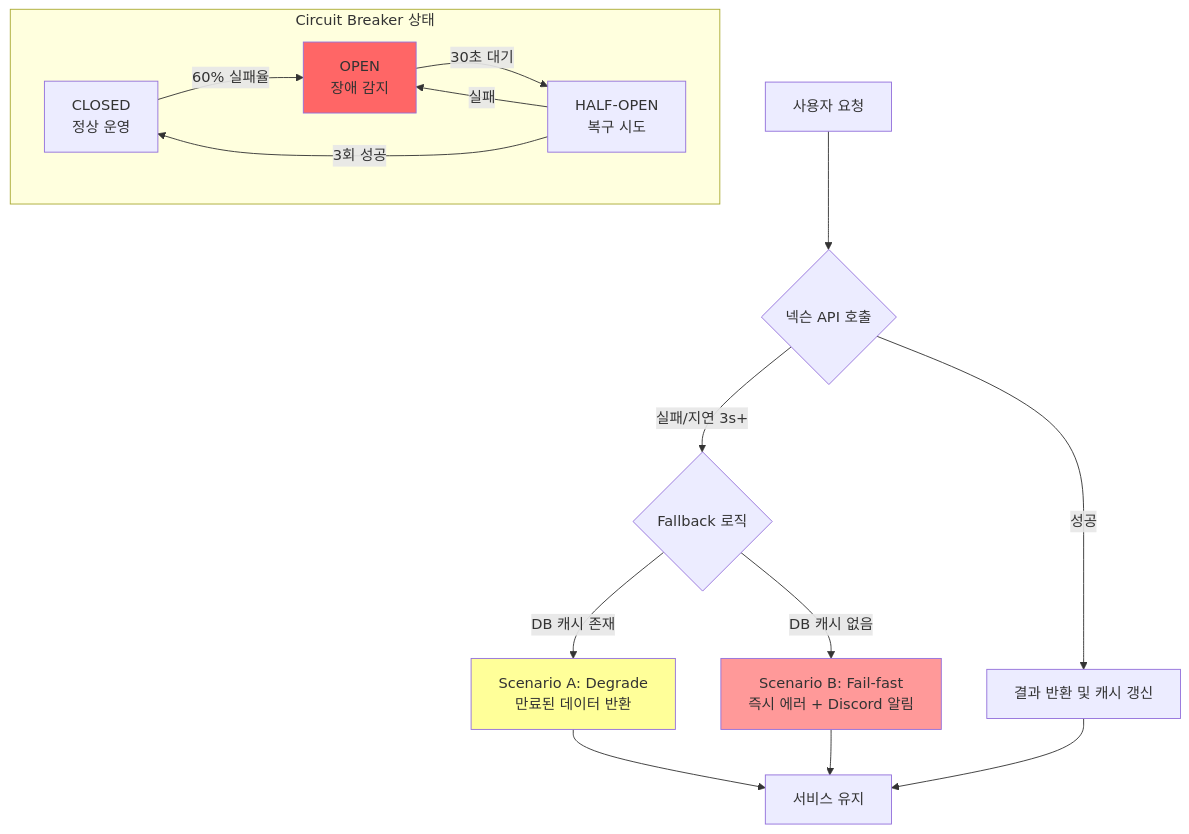
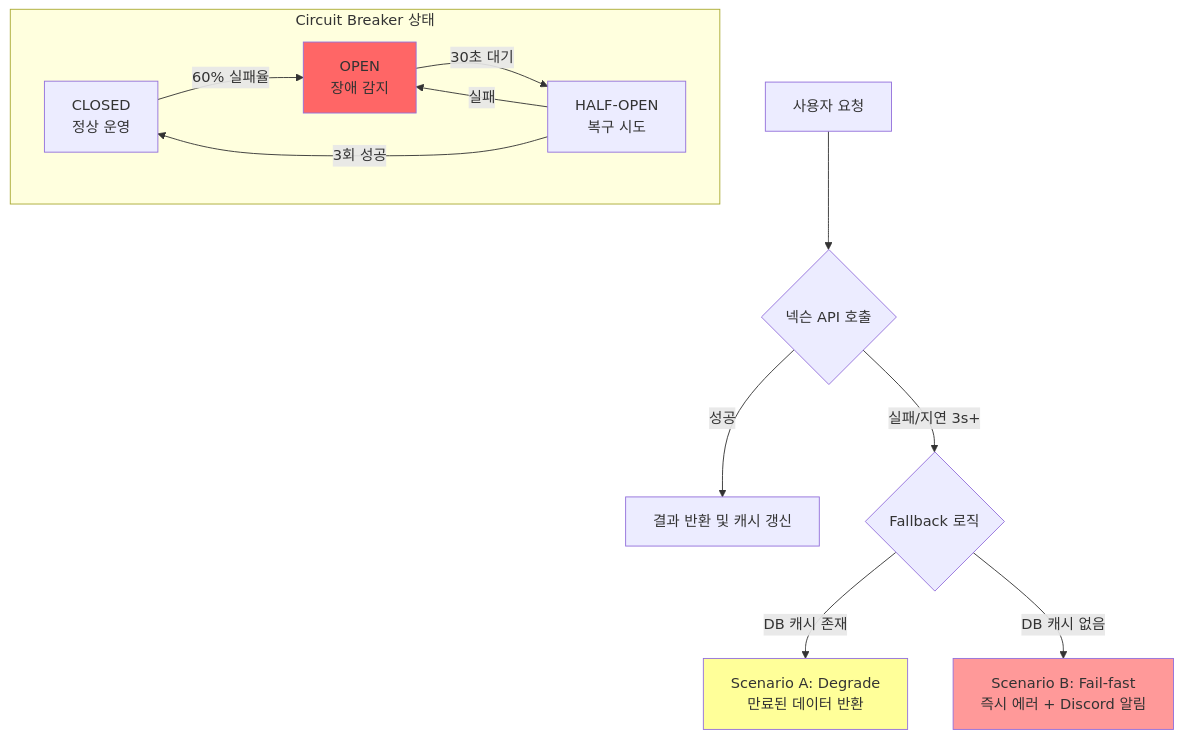
Before and after one commit to zbnerd/MapleExpectation: the second of 7 diagrams in docs/PORTFOLIO.md, drawn with Mermaid. The commit also changed other lines of this file and 2 other files, not shown here.

````diff
--- a/docs/PORTFOLIO.md
+++ b/docs/PORTFOLIO.md
@@ -241,29 +192,25 @@
 ```mermaid
 flowchart TD
     START[사용자 요청] --> CALL{넥슨 API 호출}
 
     CALL -->|성공| SUCCESS[결과 반환 및 캐시 갱신]
     CALL -->|실패/지연 3s+| FALLBACK{Fallback 로직}
 
     FALLBACK -->|DB 캐시 존재| SCENARIO_A[Scenario A: Degrade<br/>만료된 데이터 반환]
     FALLBACK -->|DB 캐시 없음| SCENARIO_B[Scenario B: Fail-fast<br/>즉시 에러 + Discord 알림]
 
     subgraph "Circuit Breaker 상태"
         CB_CLOSED[CLOSED<br/>정상 운영]
         CB_OPEN[OPEN<br/>장애 감지]
         CB_HALF[HALF-OPEN<br/>복구 시도]
     end
 
     CB_CLOSED -->|60% 실패율| CB_OPEN
     CB_OPEN -->|30초 대기| CB_HALF
     CB_HALF -->|3회 성공| CB_CLOSED
     CB_HALF -->|실패| CB_OPEN
 
-    SCENARIO_A --> END[서비스 유지]
-    SCENARIO_B --> END
-    SUCCESS --> END
-
     style SCENARIO_A fill:#ff9
     style SCENARIO_B fill:#f99
     style CB_OPEN fill:#f66
 ```
````
